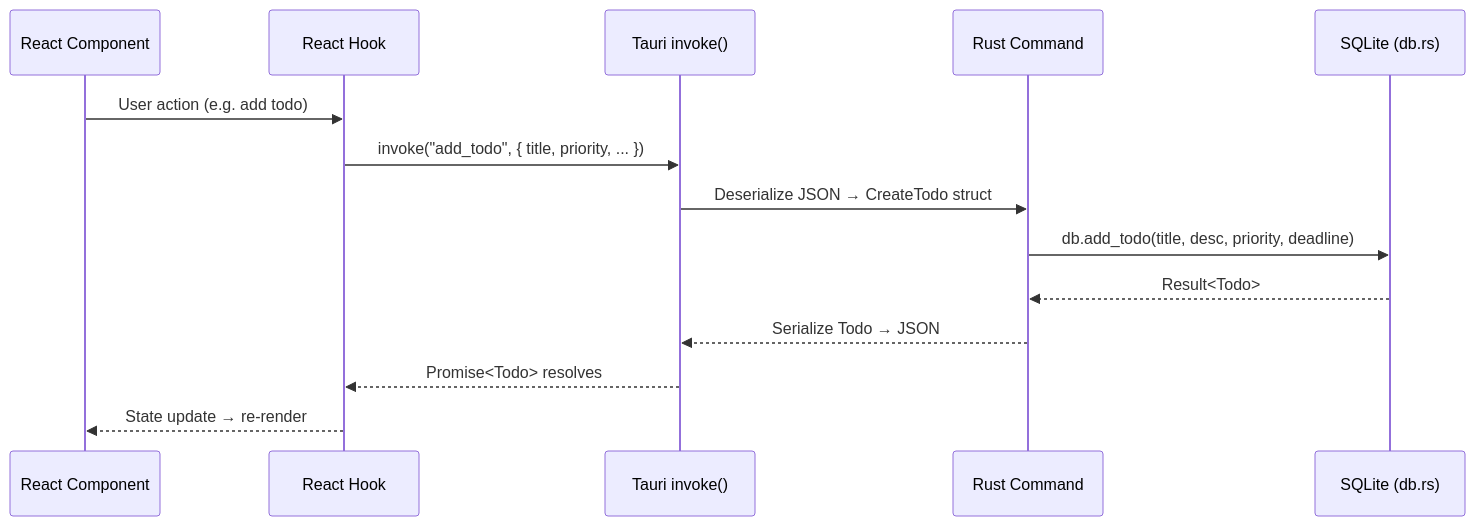
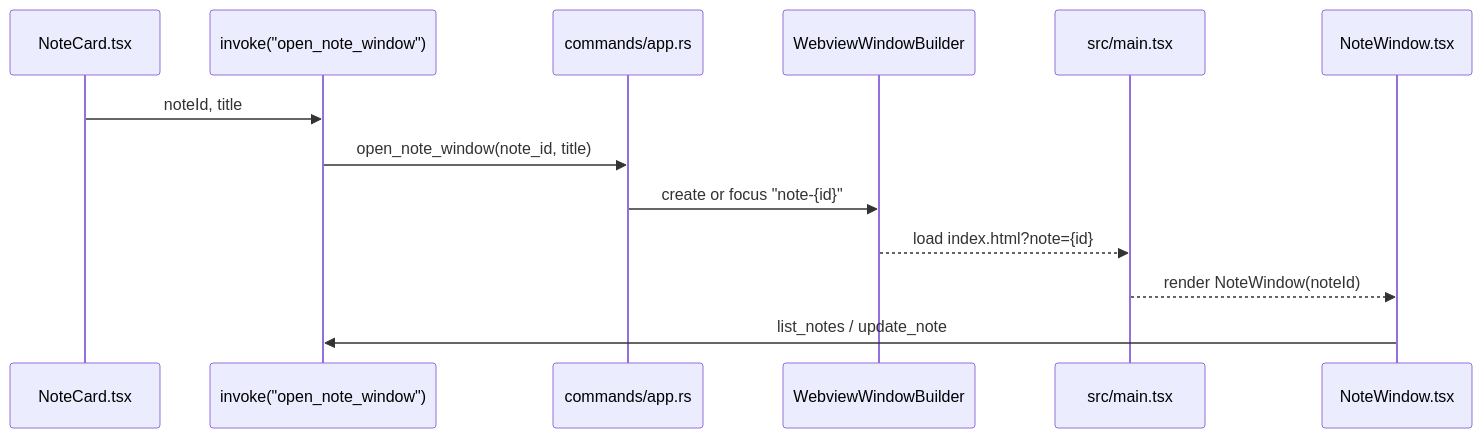
One commit to walterfan/lazy-todo-app changed the fifth of 5 diagrams in doc/02-architecture.md. Above: the diagram before and after it, drawn with Mermaid. The commit also changed other lines of this file and 83 other files, not shown here.

````diff
--- a/doc/02-architecture.md
+++ b/doc/02-architecture.md
@@ -195,17 +151,16 @@
 ```mermaid
 sequenceDiagram
-    participant UI as React Component
-    participant Hook as React Hook
-    participant IPC as Tauri invoke()
-    participant Cmd as Rust Command
-    participant DB as SQLite (db.rs)
+    participant Card as NoteCard.tsx
+    participant IPC as invoke("open_note_window")
+    participant Cmd as commands/app.rs
+    participant Win as WebviewWindowBuilder
+    participant Bootstrap as src/main.tsx
+    participant View as NoteWindow.tsx
 
-    UI->>Hook: User action (e.g. add todo)
-    Hook->>IPC: invoke("add_todo", { title, priority, ... })
-    IPC->>Cmd: Deserialize JSON → CreateTodo struct
-    Cmd->>DB: db.add_todo(title, desc, priority, deadline)
-    DB-->>Cmd: Result<Todo>
-    Cmd-->>IPC: Serialize Todo → JSON
-    IPC-->>Hook: Promise<Todo> resolves
-    Hook-->>UI: State update → re-render
+    Card->>IPC: noteId, title
+    IPC->>Cmd: open_note_window(note_id, title)
+    Cmd->>Win: create or focus "note-{id}"
+    Win-->>Bootstrap: load index.html?note={id}
+    Bootstrap-->>View: render NoteWindow(noteId)
+    View->>IPC: list_notes / update_note
 ```
````
